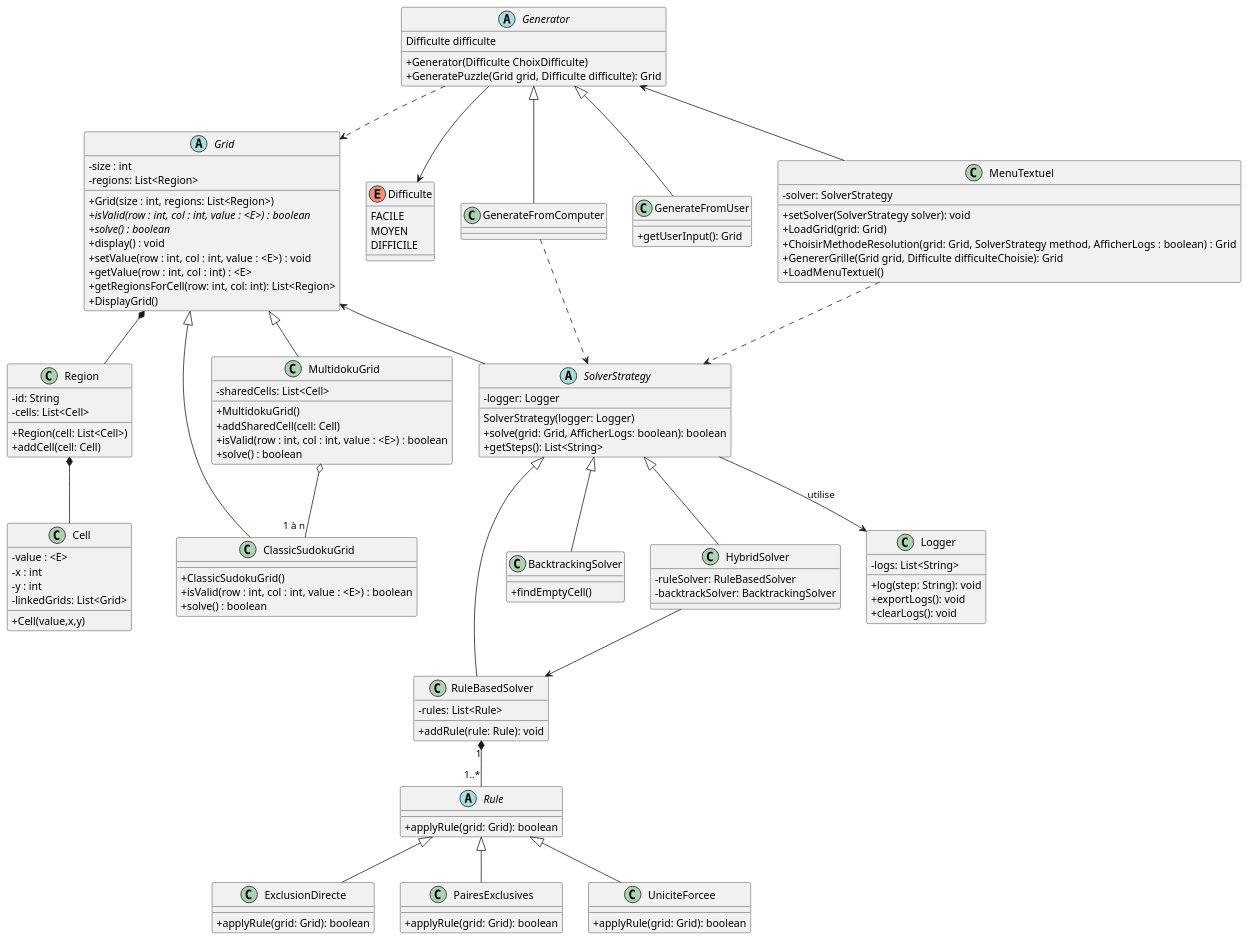
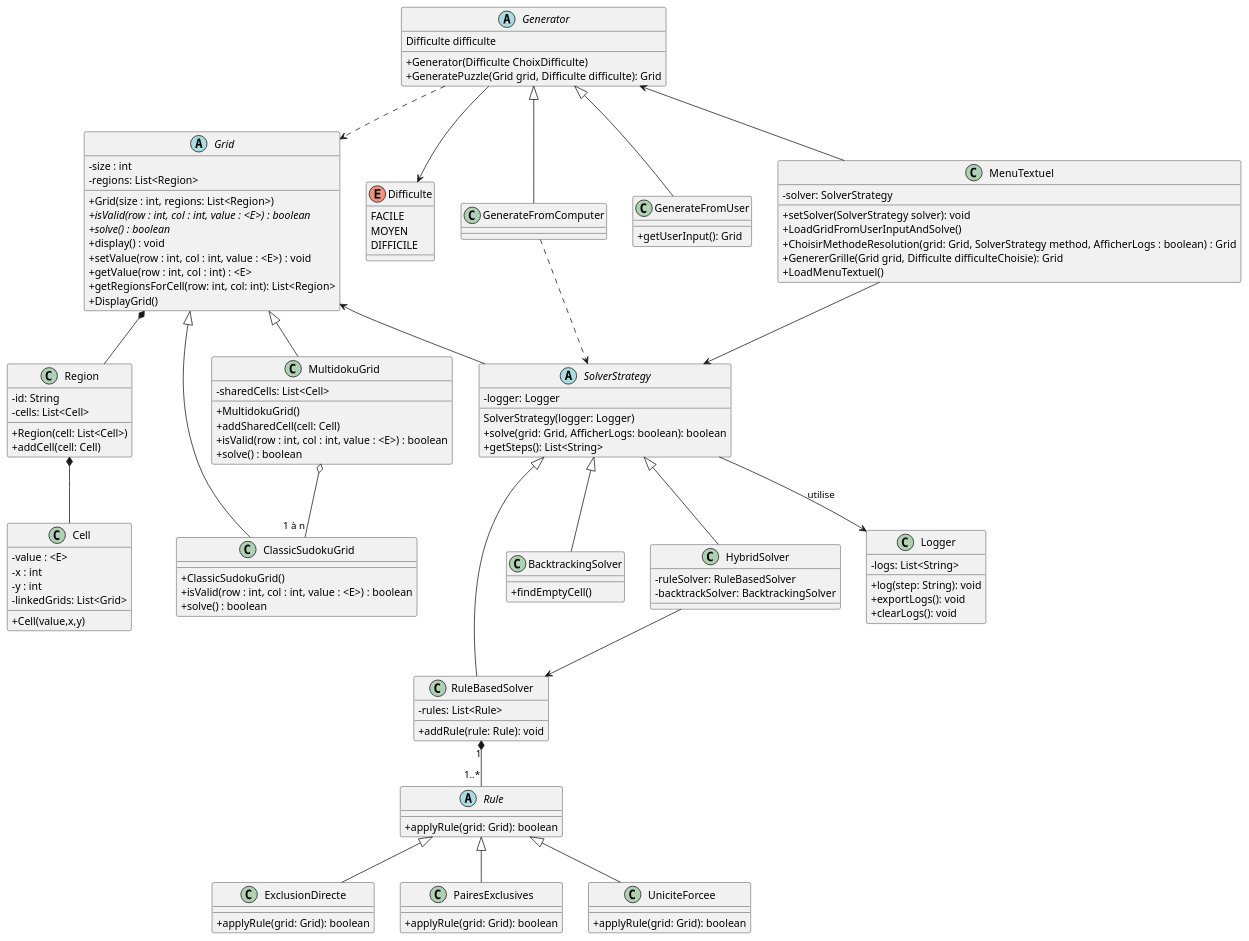
One commit to PolytechLyon/SudokuAPO changed the diagram in ClassDiagram.puml. Above: the diagram before and after it, drawn with PlantUML. The commit also changed 1 other file, not shown here.

Commit message:
diagramme sequence

```diff
--- a/ClassDiagram.puml
+++ b/ClassDiagram.puml
@@ -1,146 +1,146 @@
 @startuml
 skinparam classAttributeIconSize 0
 'https://plantuml.com/class-diagram
 
 abstract class Grid{
     - size : int
     - regions: List<Region>
     + Grid(size : int, regions: List<Region>)
     + {abstract} isValid(row : int, col : int, value : <E>) : boolean
     + {abstract} solve() : boolean
     + display() : void
     + setValue(row : int, col : int, value : <E>) : void
     + getValue(row : int, col : int) : <E>
     + getRegionsForCell(row: int, col: int): List<Region>
     + DisplayGrid()
 }
 
 class Region {
     - id: String
     - cells: List<Cell>
     +Region(cell: List<Cell>)
     + addCell(cell: Cell)
 }
 
 class Cell {
     -value : <E>
     -x : int
     -y : int
     - linkedGrids: List<Grid>
     +Cell(value,x,y)
 }
 
 class ClassicSudokuGrid{
     + ClassicSudokuGrid()
     + isValid(row : int, col : int, value : <E>) : boolean
     + solve() : boolean
 }
 
 class MultidokuGrid{
     - sharedCells: List<Cell>
     + MultidokuGrid()
     + addSharedCell(cell: Cell)
     + isValid(row : int, col : int, value : <E>) : boolean
     + solve() : boolean
 }
 
 abstract class Rule {
     + applyRule(grid: Grid): boolean
 }
 class ExclusionDirecte extends Rule {
     + applyRule(grid: Grid): boolean
 }
 class PairesExclusives extends Rule {
     + applyRule(grid: Grid): boolean
 }
 class UniciteForcee extends Rule {
     + applyRule(grid: Grid): boolean
 }
 
 enum Difficulte{
     FACILE
     MOYEN
     DIFFICILE
 }
 
 Generator --> Difficulte
 
 Abstract class Generator {
     Difficulte difficulte
     + Generator(Difficulte ChoixDifficulte)
     +GeneratePuzzle(Grid grid, Difficulte difficulte): Grid
 }
 Generator ..> Grid
 
 class GenerateFromComputer extends Generator{
 }
 
 class GenerateFromUser extends Generator{
     + getUserInput(): Grid
 }
 
 class MenuTextuel {
     - solver: SolverStrategy
     + setSolver(SolverStrategy solver): void
-    +LoadGrid(grid: Grid)
+    +LoadGridFromUserInputAndSolve()
     +ChoisirMethodeResolution(grid: Grid, SolverStrategy method, AfficherLogs : boolean) : Grid
     +GenererGrille(Grid grid, Difficulte difficulteChoisie): Grid
     +LoadMenuTextuel()
 }
 
-MenuTextuel ..> SolverStrategy
+MenuTextuel --> SolverStrategy
 
 
 
 class RuleBasedSolver {
     - rules: List<Rule>
     + addRule(rule: Rule): void
 }
 
 class BacktrackingSolver {
     +findEmptyCell()
 }
 
 class HybridSolver {
     - ruleSolver: RuleBasedSolver
     - backtrackSolver: BacktrackingSolver
 }
 
 class Logger {
     - logs: List<String>
     + log(step: String): void
     + exportLogs(): void
     + clearLogs(): void
 }
 
 abstract class SolverStrategy {
     - logger: Logger
     SolverStrategy(logger: Logger)
     + solve(grid: Grid, AfficherLogs: boolean): boolean
     + getSteps(): List<String>
 }
 
 SolverStrategy --> Logger : utilise
 
 Generator<--MenuTextuel
 
 Grid <|-- MultidokuGrid
 Grid <|-- ClassicSudokuGrid
 Grid *-- Region
 Grid <-- SolverStrategy
 
 GenerateFromComputer ..> SolverStrategy
 
 MultidokuGrid o-- "1 à n" ClassicSudokuGrid
 
 Region *-- Cell
 
 SolverStrategy <|-- RuleBasedSolver
 SolverStrategy <|-- HybridSolver
 SolverStrategy <|-- BacktrackingSolver
 RuleBasedSolver "1" *-- "1..*" Rule
 HybridSolver --> RuleBasedSolver
 
 
 
 @enduml
```
